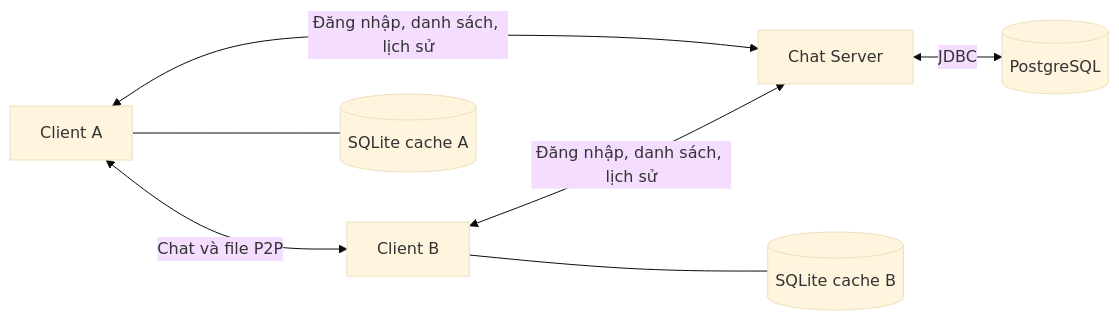
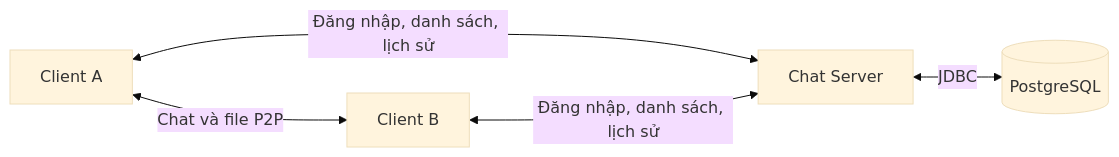
The diagram in docs/architecture.md (HeriusCode/chatp2p), drawn with Mermaid (base theme) before and after one commit. The commit also changed other lines of this file and 24 other files, not shown here.

````diff
--- a/docs/architecture.md
+++ b/docs/architecture.md
@@ -16,9 +15,7 @@
 ```mermaid
 flowchart LR
     A[Client A] <-->|Chat và file P2P| B[Client B]
     A <-->|Đăng nhập, danh sách, lịch sử| S[Chat Server]
     B <-->|Đăng nhập, danh sách, lịch sử| S
     S <-->|JDBC| P[(PostgreSQL)]
-    A --- CA[(SQLite cache A)]
-    B --- CB[(SQLite cache B)]
 ```
````
